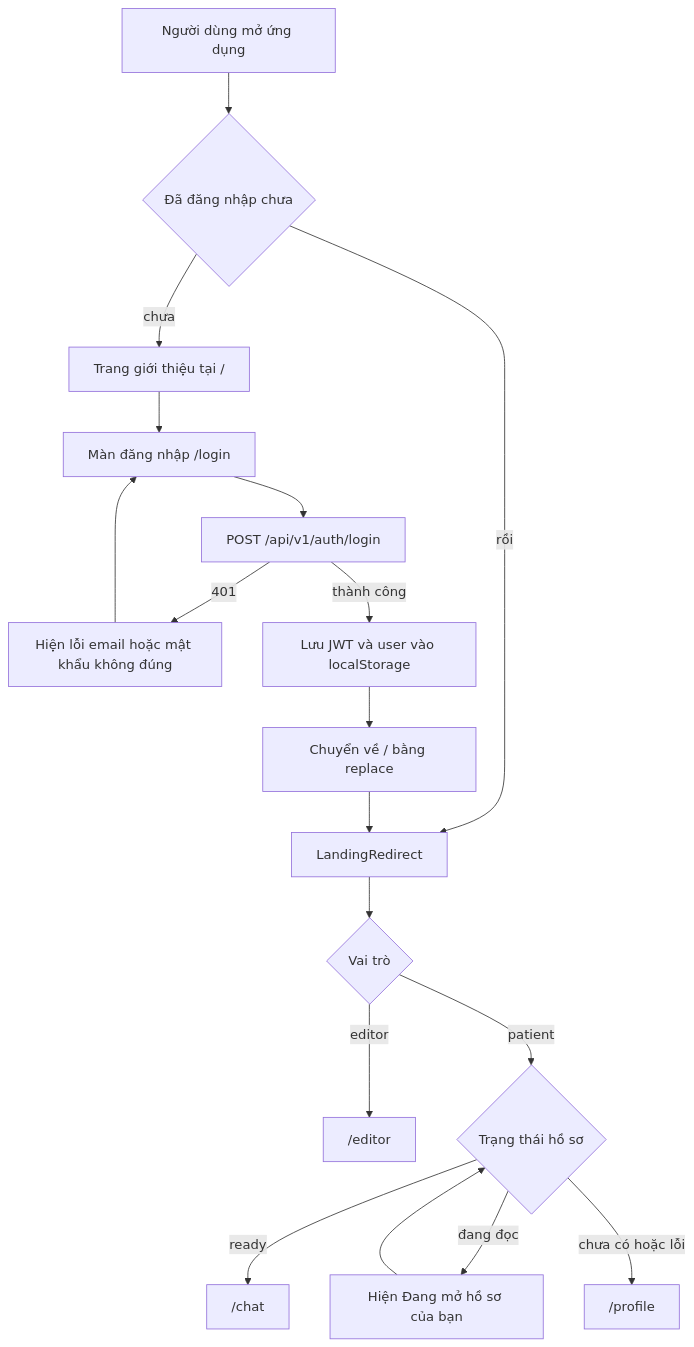
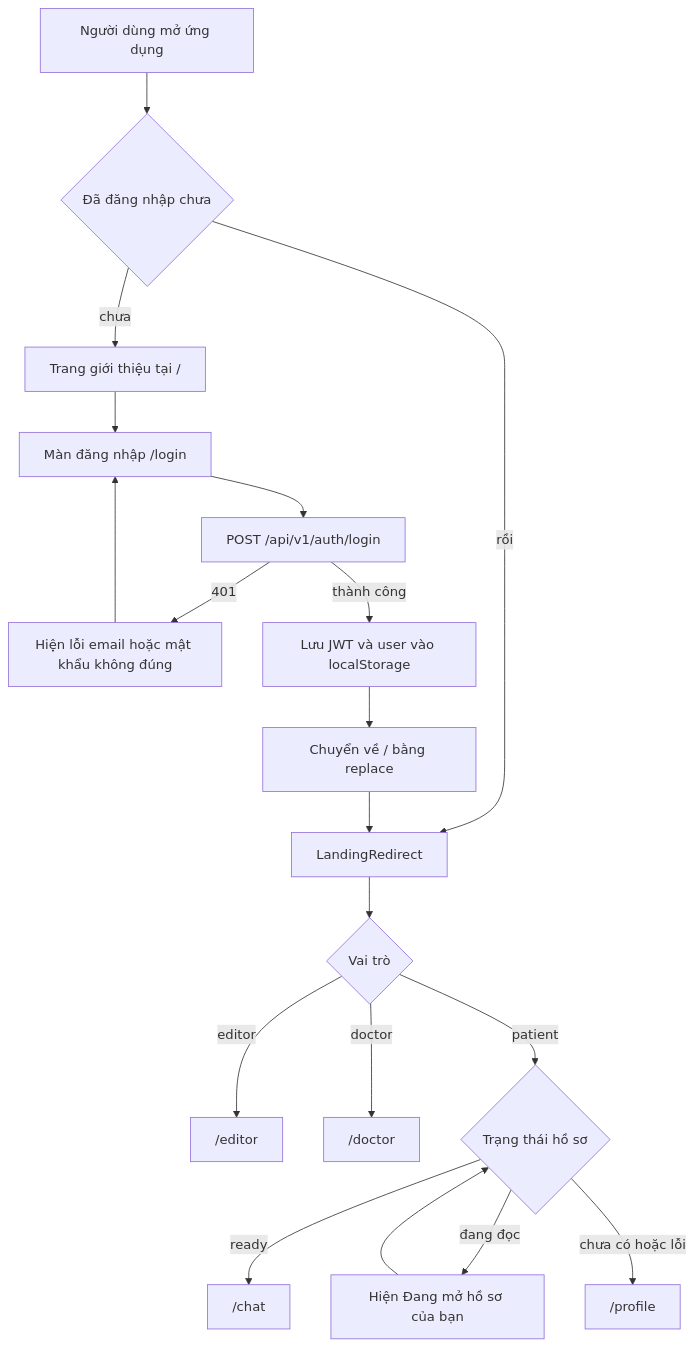
The first of 5 diagrams in docs/functional-spec.md (hoangminh37/p-128-deploy), drawn with Mermaid before and after one commit. The commit also changed other lines of this file and 7 other files, not shown here.

Commit message:
docs: week-log and architechture-diagram

````diff
--- a/docs/functional-spec.md
+++ b/docs/functional-spec.md
@@ -801,20 +857,21 @@
 ```mermaid
 flowchart TD
     A["Người dùng mở ứng dụng"] --> B{"Đã đăng nhập chưa"}
     B -->|"chưa"| C["Trang giới thiệu tại /"]
     C --> D["Màn đăng nhập /login"]
     B -->|"rồi"| E["LandingRedirect"]
     D --> F["POST /api/v1/auth/login"]
     F -->|"401"| G["Hiện lỗi email hoặc mật khẩu không đúng"]
     G --> D
     F -->|"thành công"| H["Lưu JWT và user vào localStorage"]
     H --> I["Chuyển về / bằng replace"]
     I --> E
     E --> J{"Vai trò"}
     J -->|"editor"| K["/editor"]
+    J -->|"doctor"| D1["/doctor"]
     J -->|"patient"| L{"Trạng thái hồ sơ"}
     L -->|"đang đọc"| M["Hiện Đang mở hồ sơ của bạn"]
     M --> L
     L -->|"ready"| N["/chat"]
     L -->|"chưa có hoặc lỗi"| O["/profile"]
 ```
````
